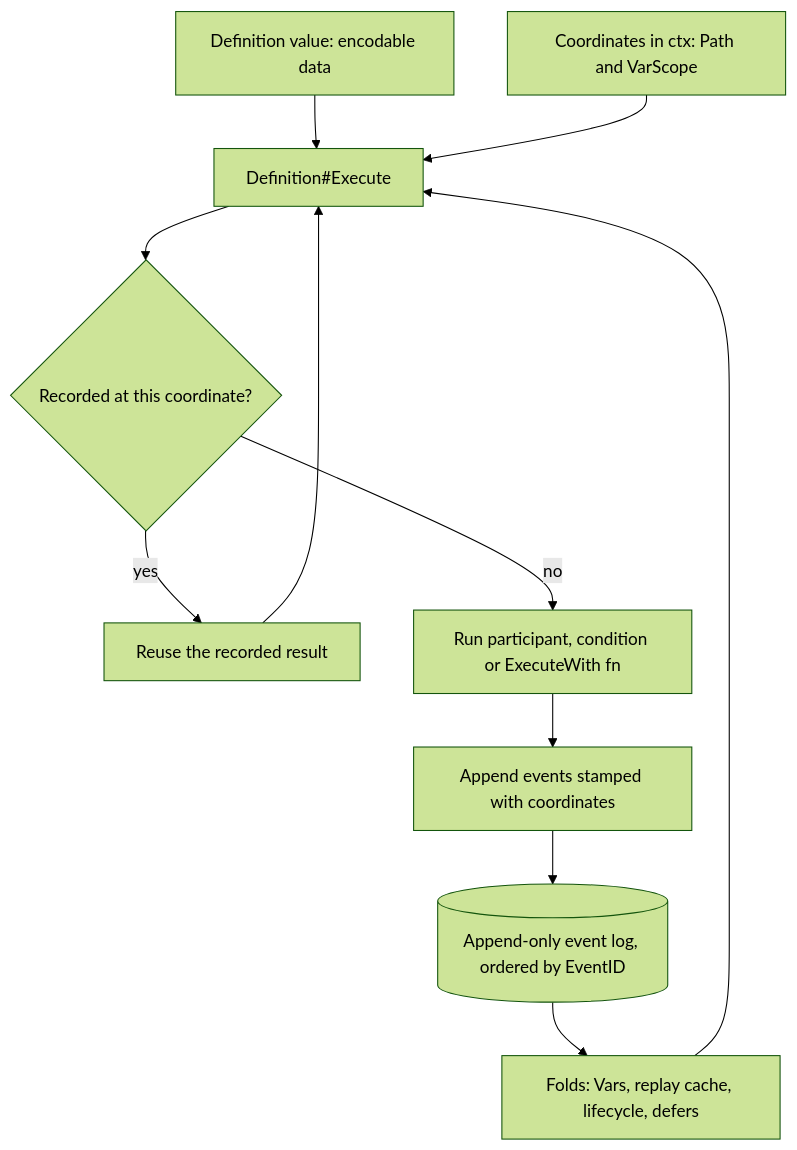
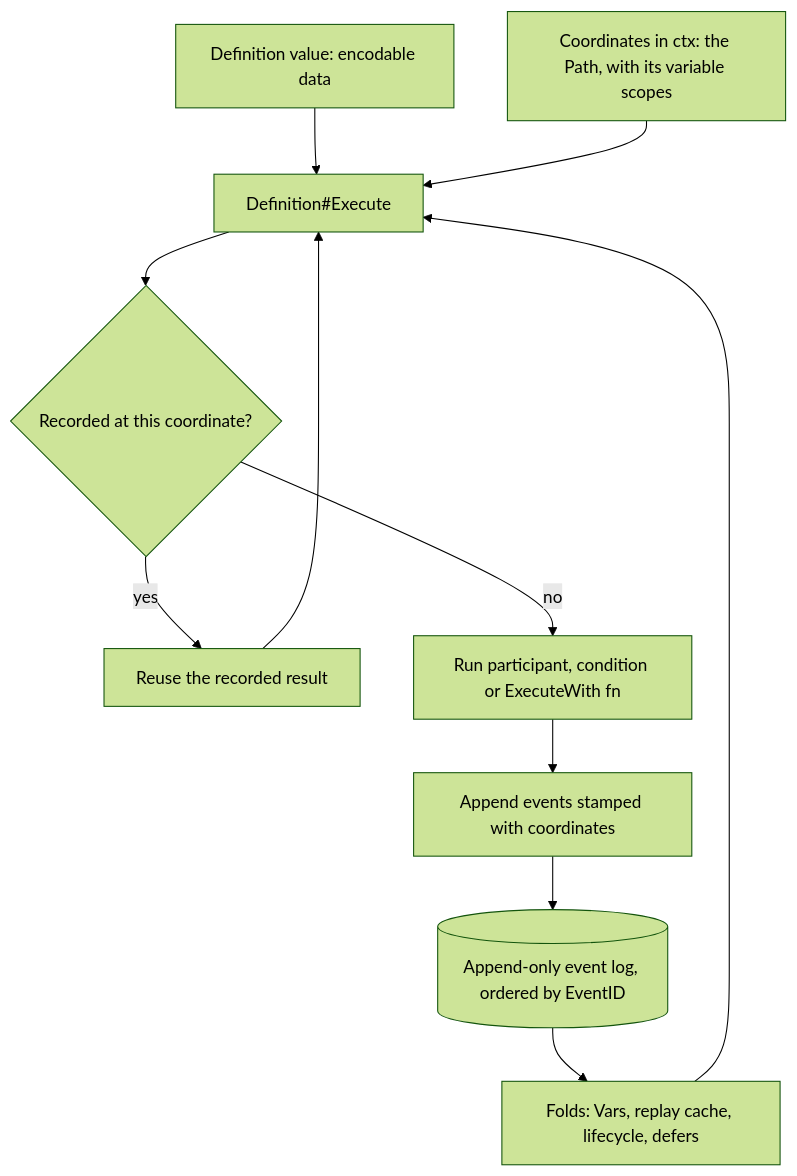
Before and after one commit to adamluzsi/frameless: the diagram in pkg/workflow/docs/mental-model.md, drawn with Mermaid (forest theme). The commit also changed other lines of this file and 37 other files, not shown here.

````diff
--- a/pkg/workflow/docs/mental-model.md
+++ b/pkg/workflow/docs/mental-model.md
@@ -26,13 +26,13 @@
 ```mermaid
 flowchart TD
     D[Definition value: encodable data] --> X[Definition#Execute]
-    C[Coordinates in ctx: Path and VarScope] --> X
+    C[Coordinates in ctx: the Path, with its variable scopes] --> X
     X --> Q{Recorded at this coordinate?}
     Q -- yes --> R[Reuse the recorded result]
     Q -- no --> W[Run participant, condition or ExecuteWith fn]
     W --> A[Append events stamped with coordinates]
     A --> L[(Append-only event log, ordered by EventID)]
     L --> F[Folds: Vars, replay cache, lifecycle, defers]
     F --> X
     R --> X
 ```
````
